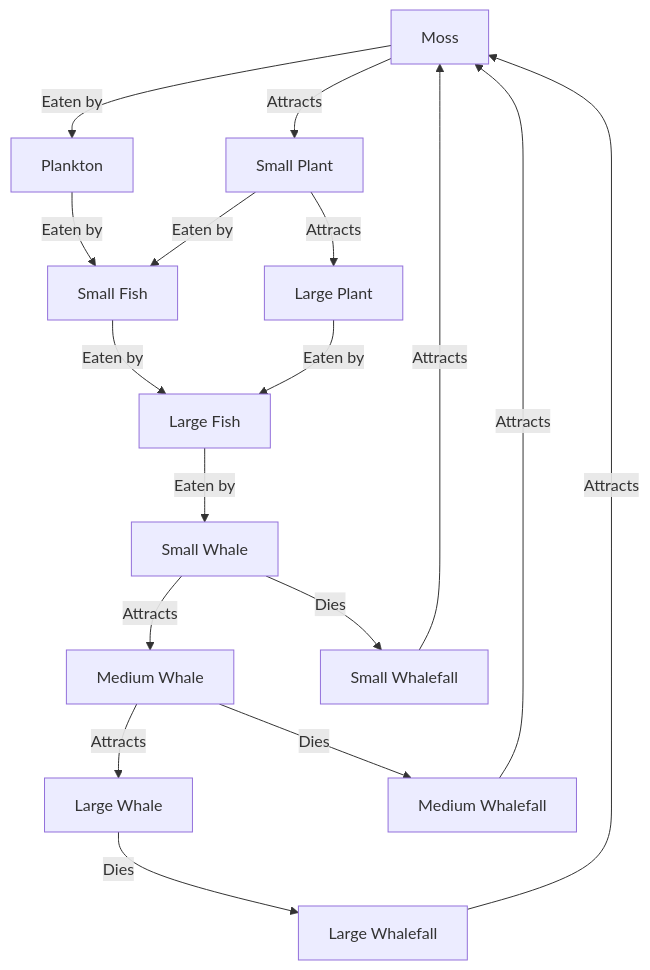
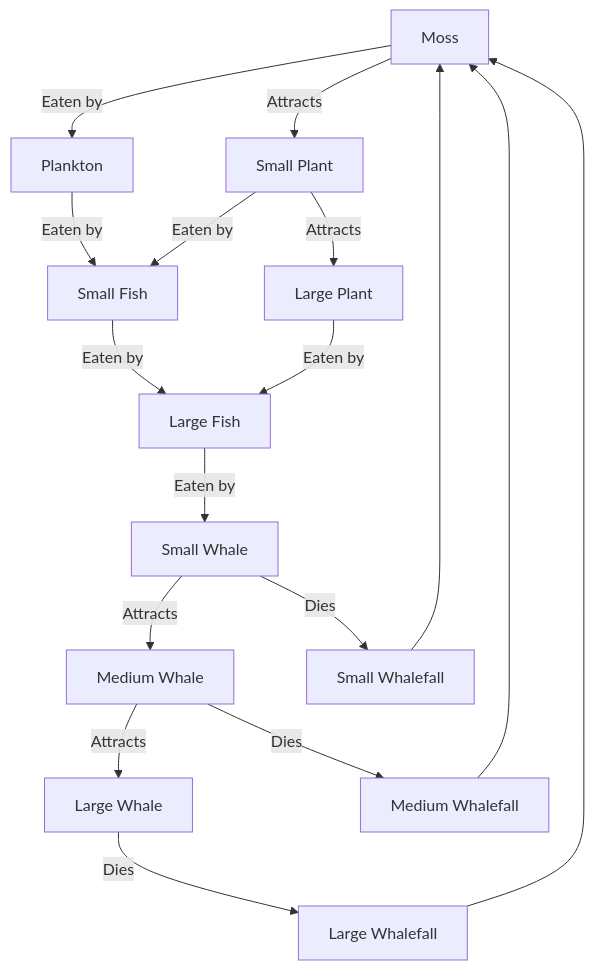
One commit to JactusTheCactus/whalefall changed the diagram in README.md. Above: the diagram before and after it, drawn with Mermaid.

````diff
--- a/README.md
+++ b/README.md
@@ -2,29 +2,27 @@
 ```mermaid
 flowchart TB
 p1[Moss]
 p2[Small Plant]
 p3[Large Plant]
 c1[Plankton]
 c2[Small Fish]
 c3[Large Fish]
 w1[Small Whale]
 w2[Medium Whale]
 w3[Large Whale]
 f1[Small Whalefall]
 f2[Medium Whalefall]
 f3[Large Whalefall]
-f1 & f2 & f3
--- Attracts --> p1
+f1 & f2 & f3 --> p1
 -- Attracts --> p2
 -- Attracts --> p3
 p1 -- Eaten by --> c1
 c1 & p2 -- Eaten by --> c2
 c2 & p3 -- Eaten by --> c3
-c3
--- Eaten by --> w1
+c3 -- Eaten by --> w1
 -- Attracts --> w2
 -- Attracts --> w3
 w1 -- Dies --> f1
 w2 -- Dies --> f2
 w3 -- Dies --> f3
 ```
````
